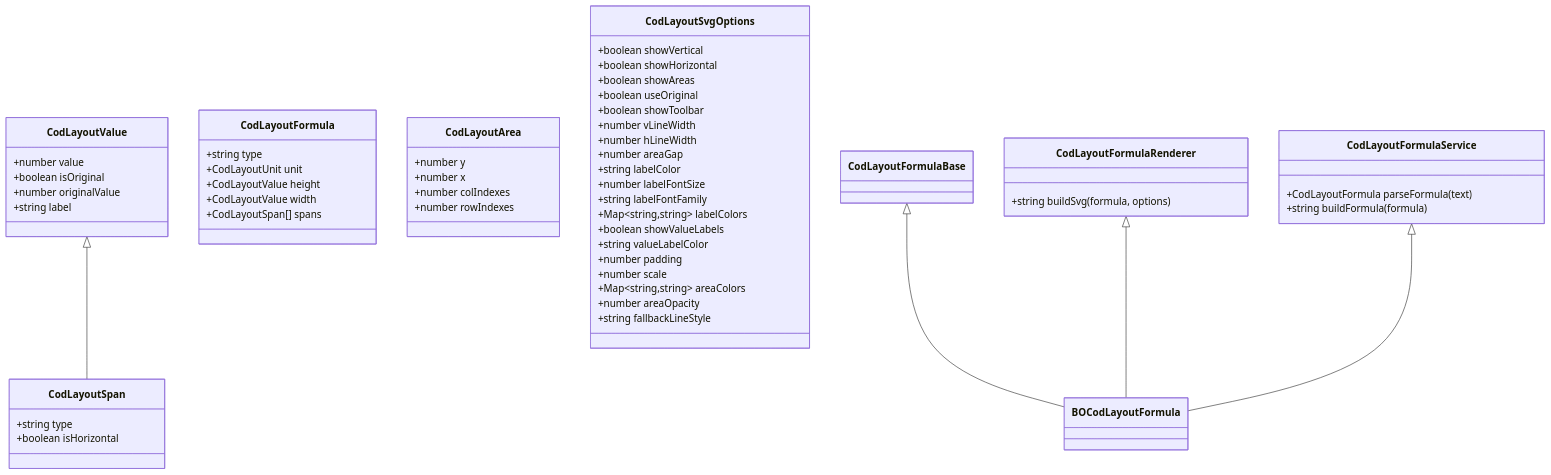
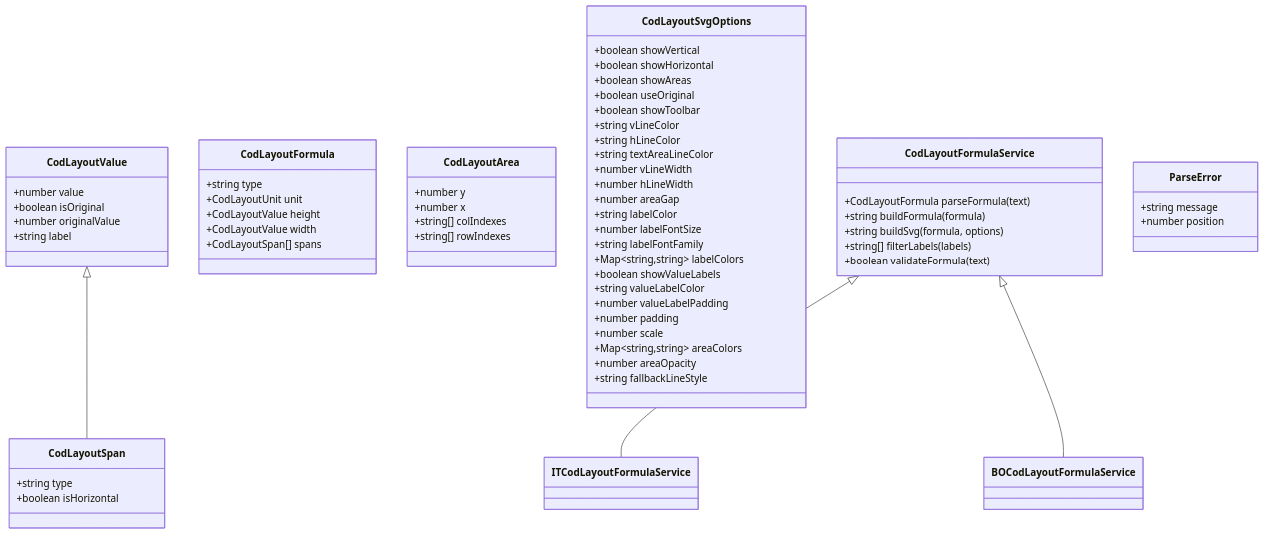
The diagram in README.md (vedph/cod-layout-view), drawn with Mermaid before and after one commit. The commit also changed other lines of this file, not shown here.

````diff
--- a/README.md
+++ b/README.md
@@ -73,52 +104,59 @@
 ```mermaid
 classDiagram
 
 CodLayoutValue : +number value
 CodLayoutValue : +boolean isOriginal
 CodLayoutValue : +number originalValue
 CodLayoutValue : +string label
 
 CodLayoutValue <|-- CodLayoutSpan
 CodLayoutSpan : +string type
 CodLayoutSpan : +boolean isHorizontal
 
 CodLayoutFormula : +string type
 CodLayoutFormula : +CodLayoutUnit unit
 CodLayoutFormula : +CodLayoutValue height
 CodLayoutFormula : +CodLayoutValue width
 CodLayoutFormula : +CodLayoutSpan[] spans
 
 CodLayoutArea : +number y
 CodLayoutArea : +number x
-CodLayoutArea : +number colIndexes
-CodLayoutArea : +number rowIndexes
+CodLayoutArea : +string[] colIndexes
+CodLayoutArea : +string[] rowIndexes
 
 CodLayoutSvgOptions : +boolean showVertical
 CodLayoutSvgOptions : +boolean showHorizontal
 CodLayoutSvgOptions : +boolean showAreas
 CodLayoutSvgOptions : +boolean useOriginal
 CodLayoutSvgOptions : +boolean showToolbar
+CodLayoutSvgOptions : +string vLineColor
+CodLayoutSvgOptions : +string hLineColor
+CodLayoutSvgOptions : +string textAreaLineColor
 CodLayoutSvgOptions : +number vLineWidth
 CodLayoutSvgOptions : +number hLineWidth
 CodLayoutSvgOptions : +number areaGap
 CodLayoutSvgOptions : +string labelColor
 CodLayoutSvgOptions : +number labelFontSize
 CodLayoutSvgOptions : +string labelFontFamily
 CodLayoutSvgOptions : +Map~string,string~ labelColors
 CodLayoutSvgOptions : +boolean showValueLabels
 CodLayoutSvgOptions : +string valueLabelColor
+CodLayoutSvgOptions : +number valueLabelPadding
 CodLayoutSvgOptions : +number padding
 CodLayoutSvgOptions : +number scale
 CodLayoutSvgOptions : +Map~string,string~ areaColors
 CodLayoutSvgOptions : +number areaOpacity
 CodLayoutSvgOptions : +string fallbackLineStyle
 
-CodLayoutFormulaRenderer : +string buildSvg(formula, options)
-
 CodLayoutFormulaService : +CodLayoutFormula parseFormula(text)
 CodLayoutFormulaService : +string buildFormula(formula)
+CodLayoutFormulaService : +string buildSvg(formula, options)
+CodLayoutFormulaService : +string[] filterLabels(labels)
+CodLayoutFormulaService : +boolean validateFormula(text)
 
-CodLayoutFormulaBase <|-- BOCodLayoutFormula
-CodLayoutFormulaRenderer <|-- BOCodLayoutFormula
-CodLayoutFormulaService <|-- BOCodLayoutFormula
+CodLayoutFormulaService <|-- ITCodLayoutFormulaService
+CodLayoutFormulaService <|-- BOCodLayoutFormulaService
+
+ParseError : +string message
+ParseError : +number position
 ```
````
